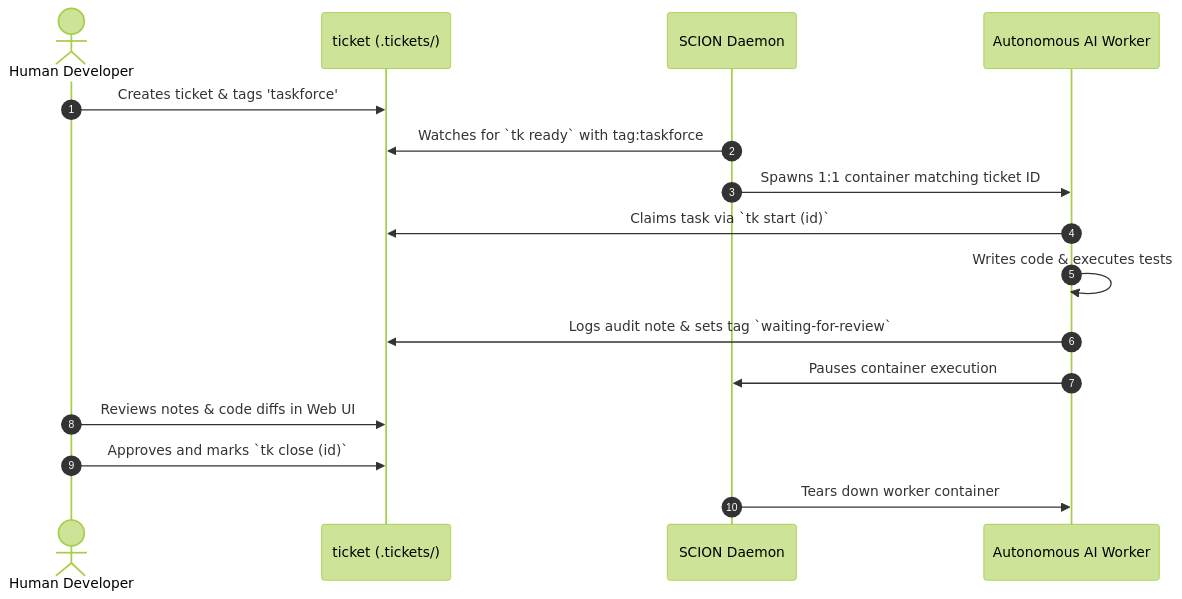
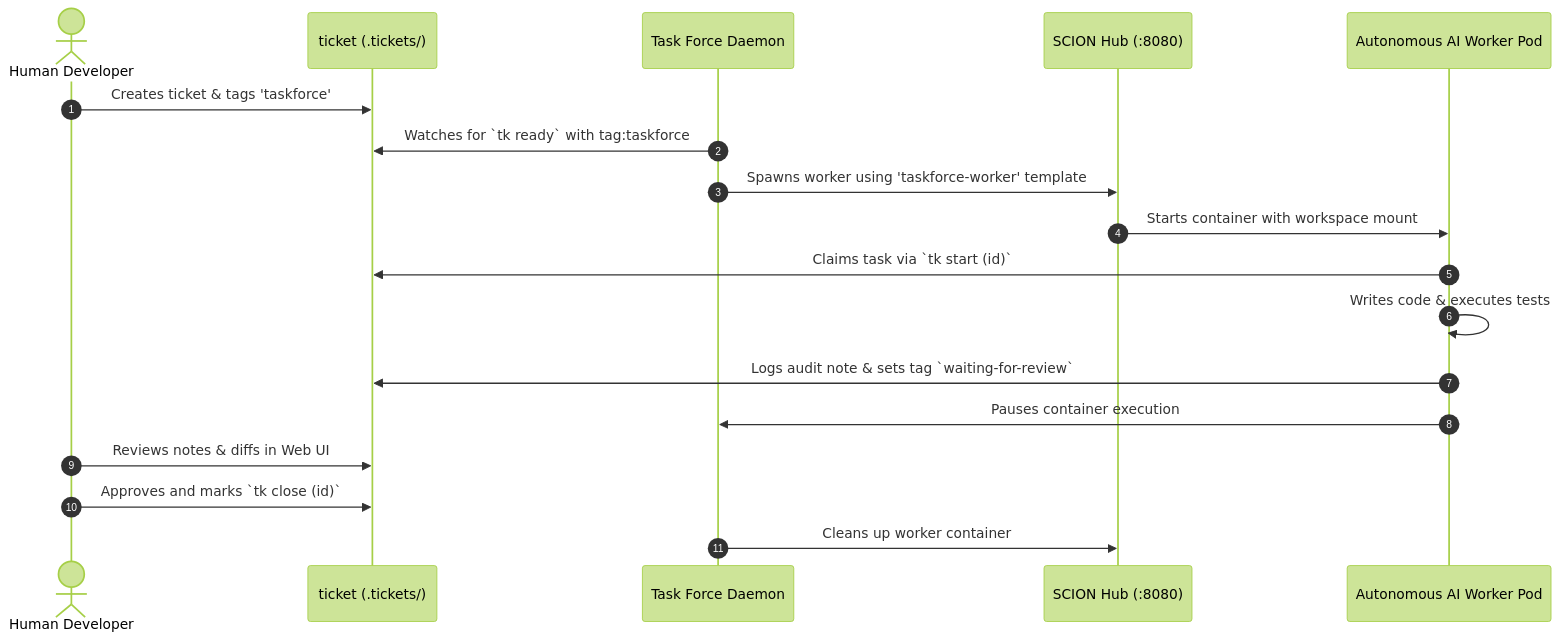
One commit to msampathkumar/ticket changed the diagram in docs/plugins/scion-taskforce.md. Above: the diagram before and after it, drawn with Mermaid (forest theme). The commit also changed other lines of this file and 4 other files, not shown here.

Commit message:
docs: update documentation for SCION Hub integration, setup wizard, test runner, and light theme borders

````diff
--- a/docs/plugins/scion-taskforce.md
+++ b/docs/plugins/scion-taskforce.md
@@ -43,19 +93,21 @@
 ```mermaid
 sequenceDiagram
     autonumber
     actor Dev as Human Developer
     participant TK as ticket (.tickets/)
-    participant Daemon as SCION Daemon
-    participant Worker as Autonomous AI Worker
+    participant TF as Task Force Daemon
+    participant Hub as SCION Hub (:8080)
+    participant Worker as Autonomous AI Worker Pod
 
     Dev->>TK: Creates ticket & tags 'taskforce'
-    Daemon->>TK: Watches for `tk ready` with tag:taskforce
-    Daemon->>Worker: Spawns 1:1 container matching ticket ID
+    TF->>TK: Watches for `tk ready` with tag:taskforce
+    TF->>Hub: Spawns worker using 'taskforce-worker' template
+    Hub->>Worker: Starts container with workspace mount
     Worker->>TK: Claims task via `tk start (id)`
     Worker->>Worker: Writes code & executes tests
     Worker->>TK: Logs audit note & sets tag `waiting-for-review`
-    Worker->>Daemon: Pauses container execution
-    Dev->>TK: Reviews notes & code diffs in Web UI
+    Worker->>TF: Pauses container execution
+    Dev->>TK: Reviews notes & diffs in Web UI
     Dev->>TK: Approves and marks `tk close (id)`
-    Daemon->>Worker: Tears down worker container
+    TF->>Hub: Cleans up worker container
 ```
````
